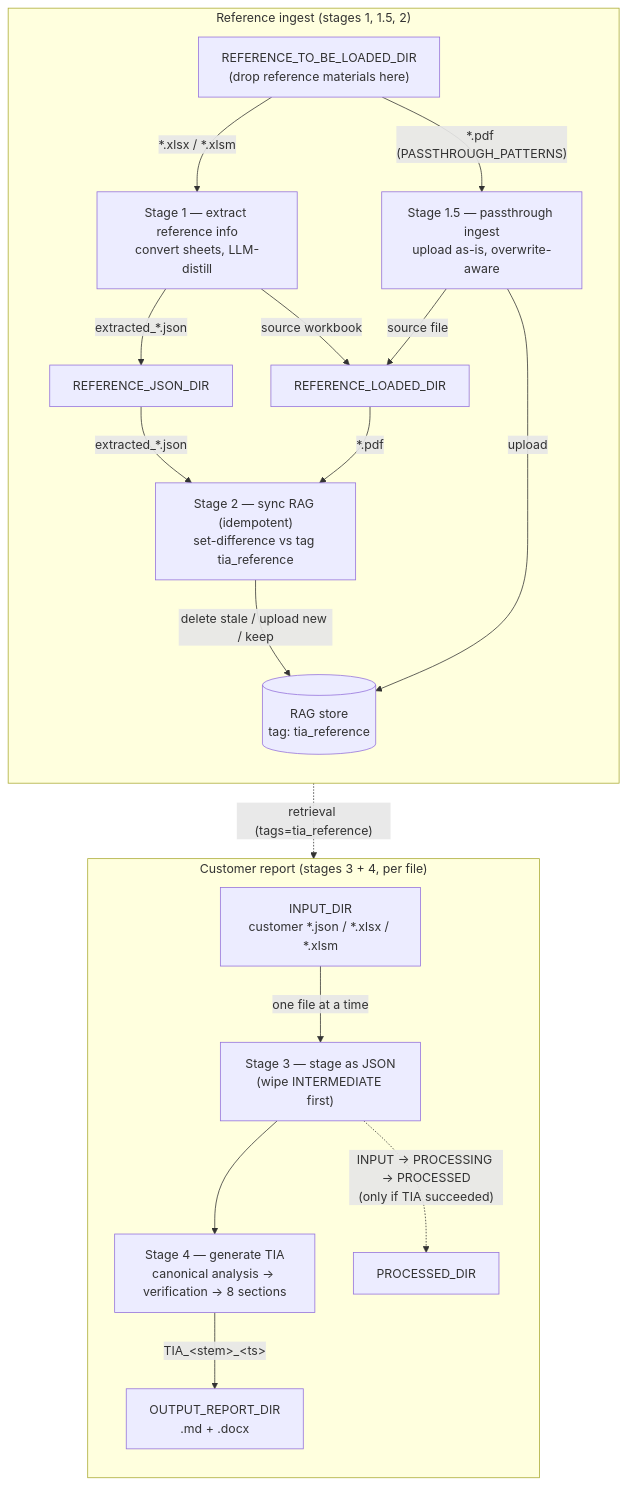
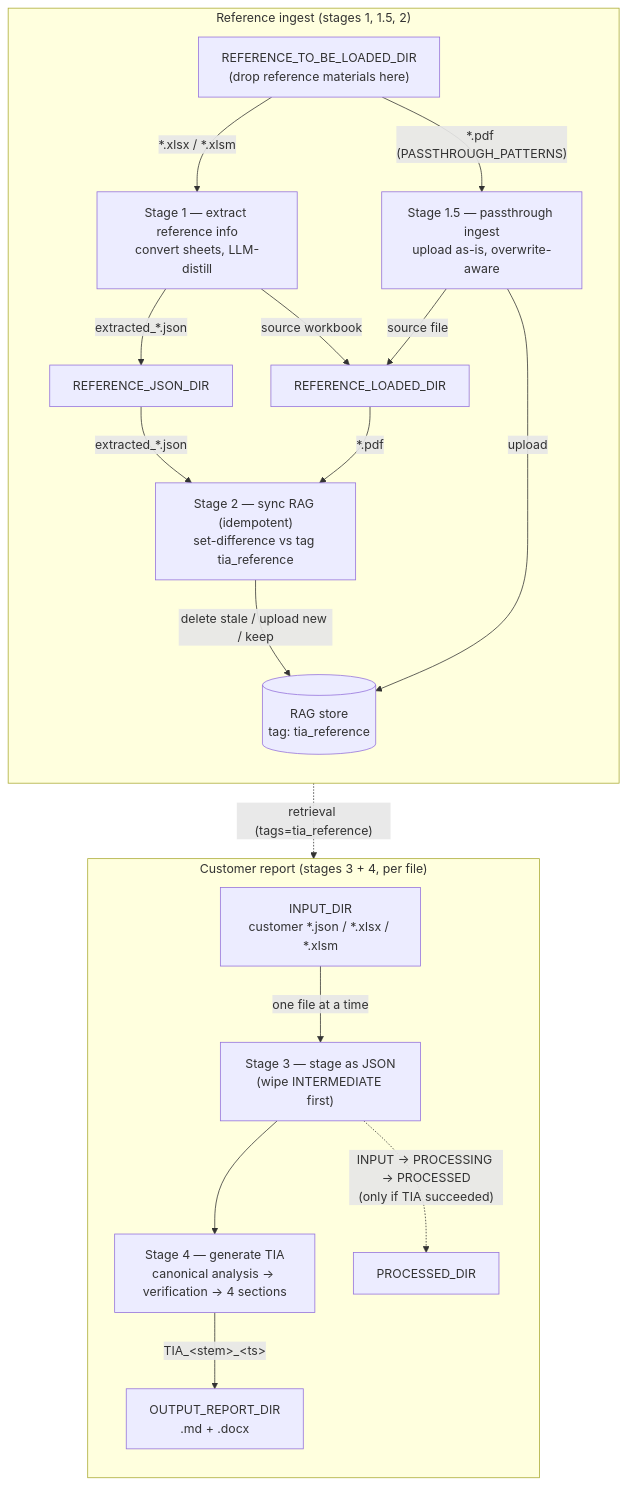
One commit to alfredlauyongfu/OnlineTIA changed the second of 2 diagrams in README.md. Above: the diagram before and after it, drawn with Mermaid. The commit also changed other lines of this file and 1 other file, not shown here.

````diff
--- a/README.md
+++ b/README.md
@@ -32,27 +33,27 @@
 ```mermaid
 flowchart TD
     subgraph REF["Reference ingest (stages 1, 1.5, 2)"]
         direction TB
         TBL["REFERENCE_TO_BE_LOADED_DIR<br/>(drop reference materials here)"]
         TBL -->|"*.xlsx / *.xlsm"| S1["Stage 1 — extract reference info<br/>convert sheets, LLM-distill"]
         TBL -->|"*.pdf (PASSTHROUGH_PATTERNS)"| S15["Stage 1.5 — passthrough ingest<br/>upload as-is, overwrite-aware"]
         S1 -->|"extracted_*.json"| RJ["REFERENCE_JSON_DIR"]
         S1 -->|"source workbook"| RL["REFERENCE_LOADED_DIR"]
         S15 -->|"source file"| RL
         RJ -->|"extracted_*.json"| S2["Stage 2 — sync RAG (idempotent)<br/>set-difference vs tag tia_reference"]
         RL -->|"*.pdf"| S2
         S15 -->|"upload"| RAG[("RAG store<br/>tag: tia_reference")]
         S2 -->|"delete stale / upload new / keep"| RAG
     end
 
     subgraph CUST["Customer report (stages 3 + 4, per file)"]
         direction TB
         IN["INPUT_DIR<br/>customer *.json / *.xlsx / *.xlsm"]
         IN -->|"one file at a time"| S3["Stage 3 — stage as JSON<br/>(wipe INTERMEDIATE first)"]
-        S3 --> S4["Stage 4 — generate TIA<br/>canonical analysis → verification → 8 sections"]
+        S3 --> S4["Stage 4 — generate TIA<br/>canonical analysis → verification → 4 sections"]
         S4 -->|"TIA_&lt;stem&gt;_&lt;ts&gt;"| OUT["OUTPUT_REPORT_DIR<br/>.md + .docx"]
         S3 -.->|"INPUT → PROCESSING → PROCESSED<br/>(only if TIA succeeded)"| PROC["PROCESSED_DIR"]
     end
 
     RAG -. "retrieval (tags=tia_reference)" .-> S4
 ```
````
